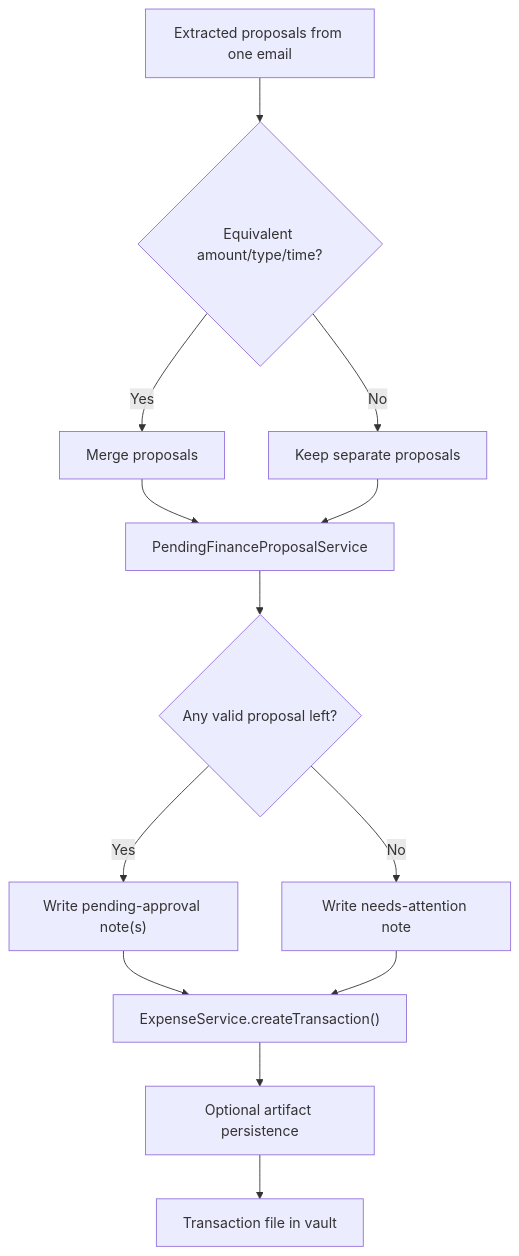
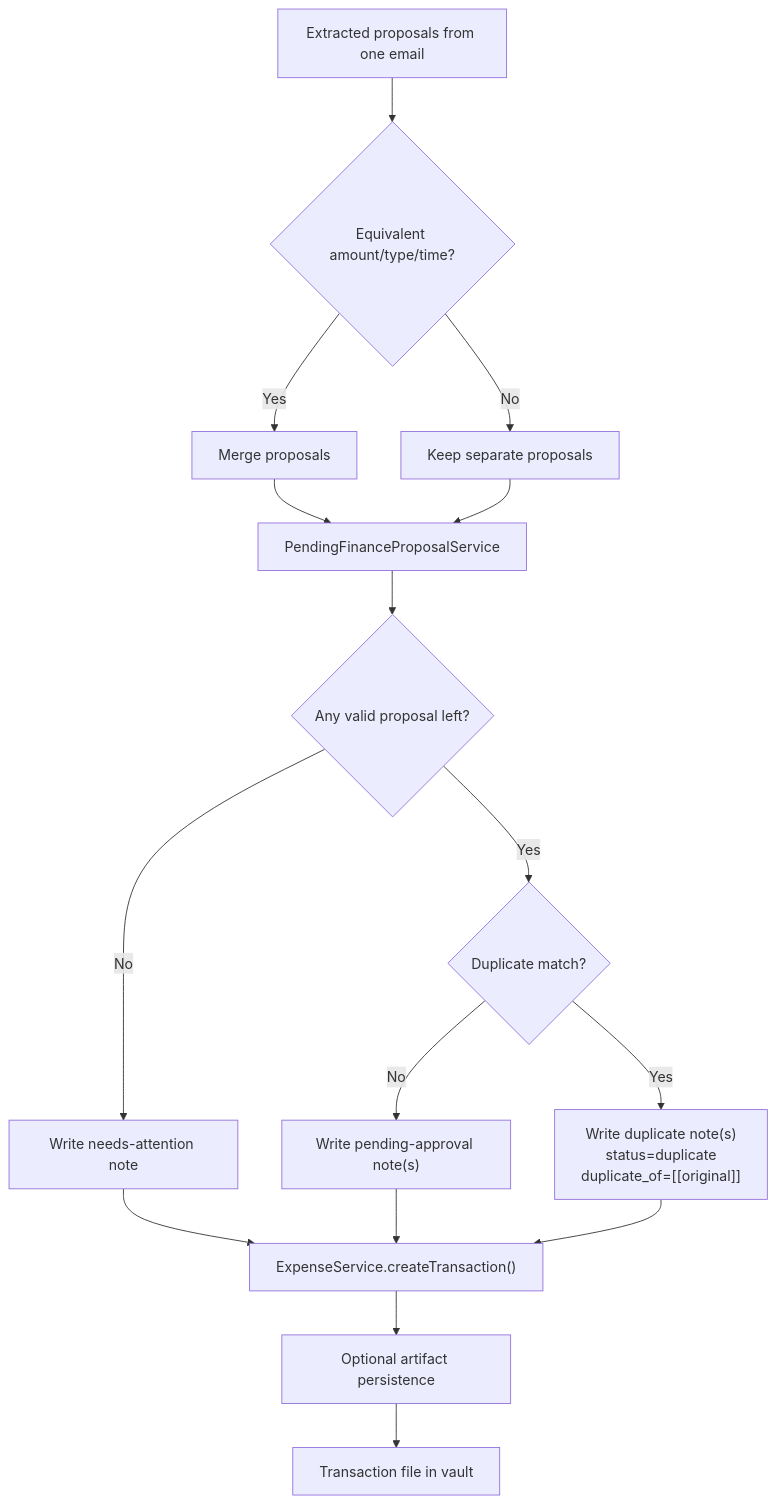
Diagram 12 of 15 in docs/email-finance-intake-architecture.md (Xoanis/obsidian-expense-manager), drawn with Mermaid before and after one commit. The commit also changed other lines of this file and 11 other files, not shown here.

Commit message:
feat: optional don't delete rejected transaction notes. update docs

````diff
--- a/docs/email-finance-intake-architecture.md
+++ b/docs/email-finance-intake-architecture.md
@@ -608,15 +616,18 @@
 ```mermaid
 flowchart TD
     A["Extracted proposals from one email"] --> B{"Equivalent amount/type/time?"}
     B -->|"Yes"| C["Merge proposals"]
     B -->|"No"| D["Keep separate proposals"]
     C --> E["PendingFinanceProposalService"]
     D --> E
     E --> F{"Any valid proposal left?"}
-    F -->|"Yes"| G["Write pending-approval note(s)"]
     F -->|"No"| H["Write needs-attention note"]
-    G --> I["ExpenseService.createTransaction()"]
-    H --> I
-    I --> J["Optional artifact persistence"]
-    J --> K["Transaction file in vault"]
+    F -->|"Yes"| G{"Duplicate match?"}
+    G -->|"No"| I["Write pending-approval note(s)"]
+    G -->|"Yes"| J["Write duplicate note(s)<br/>status=duplicate<br/>duplicate_of=[[original]]"]
+    H --> K["ExpenseService.createTransaction()"]
+    I --> K
+    J --> K
+    K --> L["Optional artifact persistence"]
+    L --> M["Transaction file in vault"]
 ```
````
